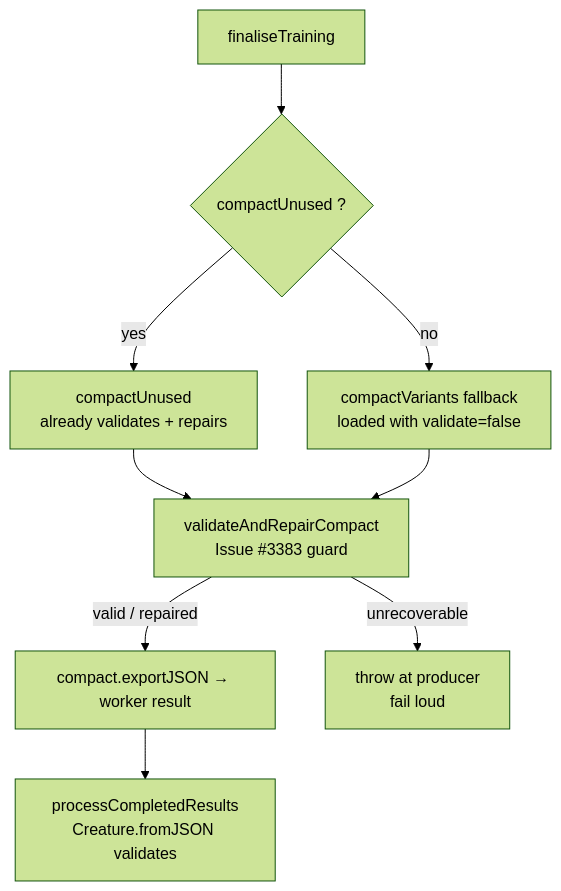
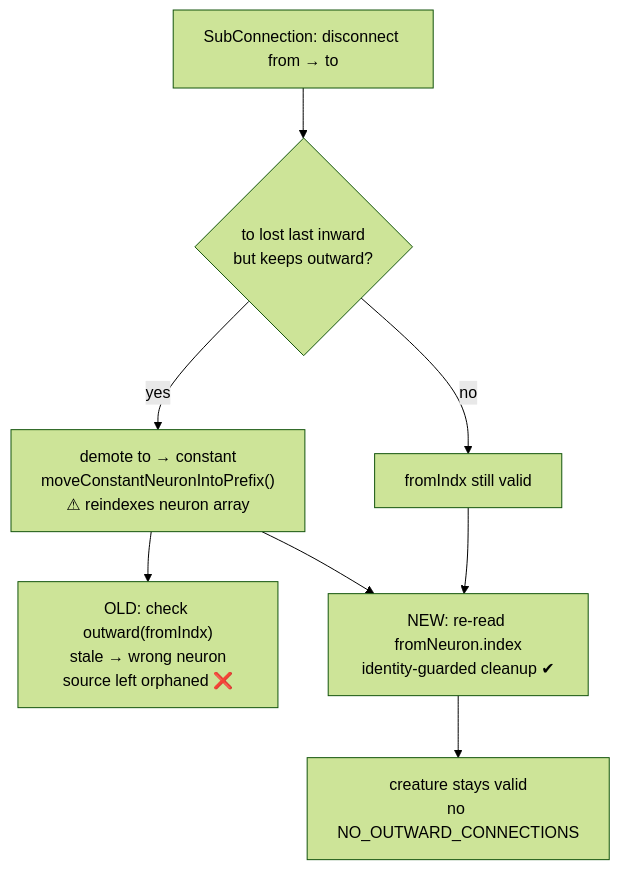
One commit to stSoftwareAU/NEAT-AI changed the diagram in docs/archive/pr-summaries/pr-summary-3383.md. Above: the diagram before and after it, drawn with Mermaid (forest theme). The commit also changed other lines of this file and 2 other files, not shown here.

First line of the commit message:
Fix stale from-index in SubConnection orphaning source neurons (Issue #3383)

````diff
--- a/docs/archive/pr-summaries/pr-summary-3383.md
+++ b/docs/archive/pr-summaries/pr-summary-3383.md
@@ -59,11 +43,10 @@
 ```mermaid
 flowchart TD
-    A[finaliseTraining] --> B{compactUnused ?}
-    B -- yes --> C[compactUnused<br/>already validates + repairs]
-    B -- no --> D[compactVariants fallback<br/>loaded with validate=false]
-    C --> G[validateAndRepairCompact<br/>Issue #3383 guard]
-    D --> G
-    G -- valid / repaired --> E[compact.exportJSON → worker result]
-    G -- unrecoverable --> F[throw at producer<br/>fail loud]
-    E --> H[processCompletedResults<br/>Creature.fromJSON validates]
+    A["SubConnection: disconnect from → to"] --> B{"to lost last inward<br/>but keeps outward?"}
+    B -- yes --> C["demote to → constant<br/>moveConstantNeuronIntoPrefix()<br/>⚠ reindexes neuron array"]
+    B -- no --> D["fromIndx still valid"]
+    C --> E["OLD: check outward(fromIndx)<br/>stale → wrong neuron<br/>source left orphaned ❌"]
+    C --> F["NEW: re-read fromNeuron.index<br/>identity-guarded cleanup ✔"]
+    D --> F
+    F --> G["creature stays valid<br/>no NO_OUTWARD_CONNECTIONS"]
 ```
````
